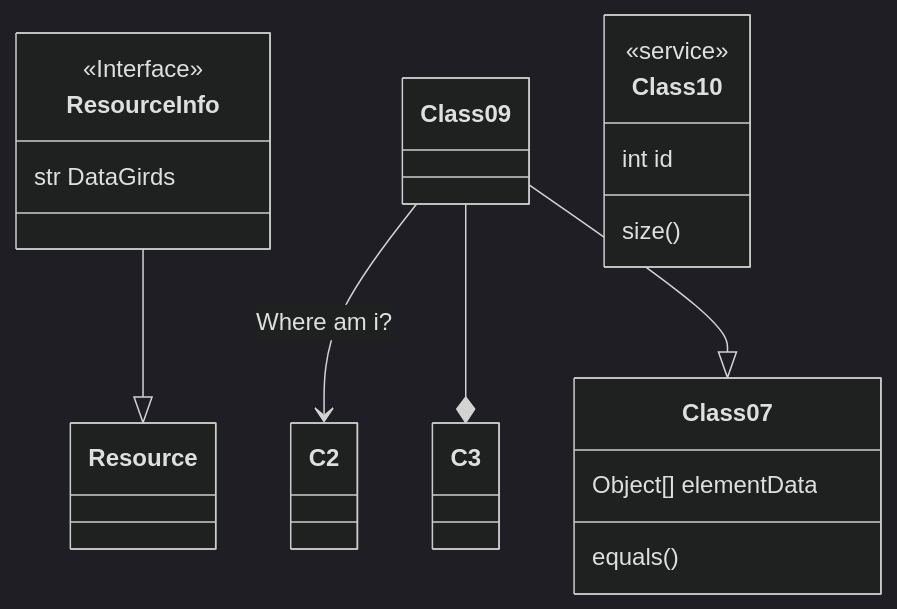
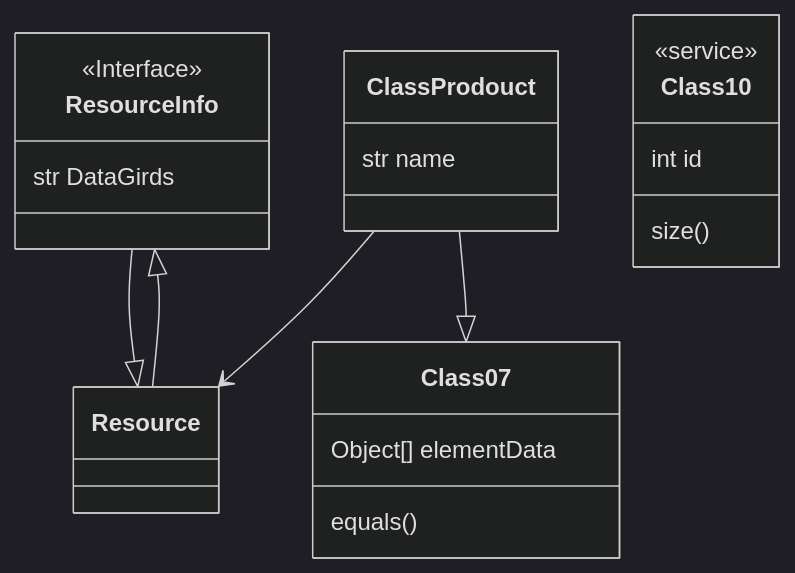
The diagram in README.md (Natithorn/Project), drawn with Mermaid (dark theme) before and after one commit.

````diff
--- a/README.md
+++ b/README.md
@@ -15,16 +15,17 @@
 ```mermaid
 classDiagram
 ResourceInfo --|> Resource 
 <<Interface>> ResourceInfo
-Class09 --> C2 : Where am i?
-Class09 --* C3
-Class09 --|> Class07
+Resource --|> ResourceInfo
+ClassProdouct --> Resource
+ClassProdouct : str name
+ClassProdouct --|> Class07
 Class07 : equals()
 Class07 : Object[] elementData
 ResourceInfo : str DataGirds
 class Class10 {
   <<service>>
   int id
   size()
 }
 ```
````
